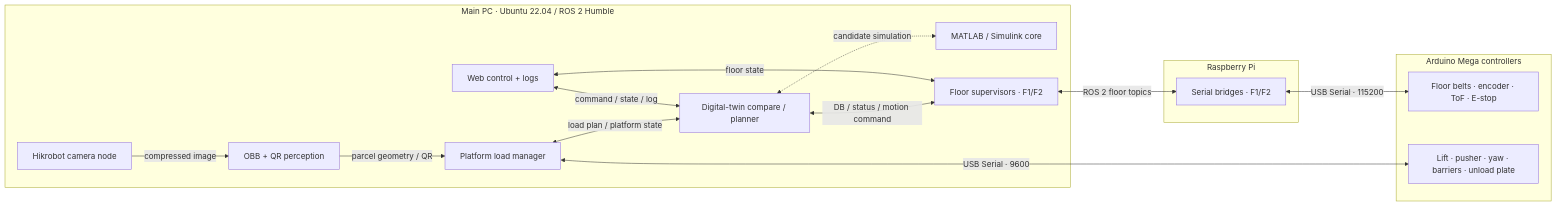
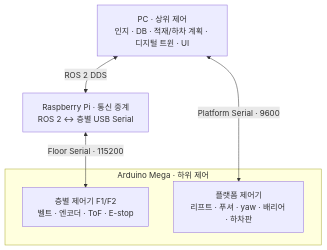
One commit to suhyeon01004-hongik/digital-twin-logistics-capstone changed the diagram in README.md. Above: the diagram before and after it, drawn with Mermaid. The commit also changed 1 other file, not shown here.

Commit message:
Simplify architecture diagrams into control tiers

````diff
--- a/README.md
+++ b/README.md
@@ -29,32 +29,14 @@
 ```mermaid
-flowchart LR
-    subgraph PC["Main PC · Ubuntu 22.04 / ROS 2 Humble"]
-        CAM["Hikrobot camera node"]
-        PER["OBB + QR perception"]
-        PLAT["Platform load manager"]
-        TWIN["Digital-twin compare / planner"]
-        MATLAB["MATLAB / Simulink core"]
-        SUP["Floor supervisors · F1/F2"]
-        UI["Web control + logs"]
+flowchart TB
+    PC["PC · 상위 제어<br/>인지 · DB · 적재/하차 계획 · 디지털 트윈 · UI"]
+    PI["Raspberry Pi · 통신 중계<br/>ROS 2 ↔ 층별 USB Serial"]
+
+    subgraph ARD["Arduino Mega · 하위 제어"]
+        FLOOR["층별 제어기 F1/F2<br/>벨트 · 엔코더 · ToF · E-stop"]
+        PLATFORM["플랫폼 제어기<br/>리프트 · 푸셔 · yaw · 배리어 · 하차판"]
     end
 
-    subgraph PI["Raspberry Pi"]
-        BR["Serial bridges · F1/F2"]
-    end
-
-    subgraph MCU["Arduino Mega controllers"]
-        FLOOR["Floor belts · encoder · ToF · E-stop"]
-        PLATFORM["Lift · pusher · yaw · barriers · unload plate"]
-    end
-
-    CAM -->|"compressed image"| PER
-    PER -->|"parcel geometry / QR"| PLAT
-    PLAT <-->|"load plan / platform state"| TWIN
-    TWIN <-.->|"candidate simulation"| MATLAB
-    TWIN <-->|"DB / status / motion command"| SUP
-    UI <-->|"command / state / log"| TWIN
-    UI <-->|"floor state"| SUP
-    SUP <-->|"ROS 2 floor topics"| BR
-    BR <-->|"USB Serial · 115200"| FLOOR
-    PLAT <-->|"USB Serial · 9600"| PLATFORM
+    PC <-->|"ROS 2 DDS"| PI
+    PI <-->|"Floor Serial · 115200"| FLOOR
+    PC <-->|"Platform Serial · 9600"| PLATFORM
 ```
````
